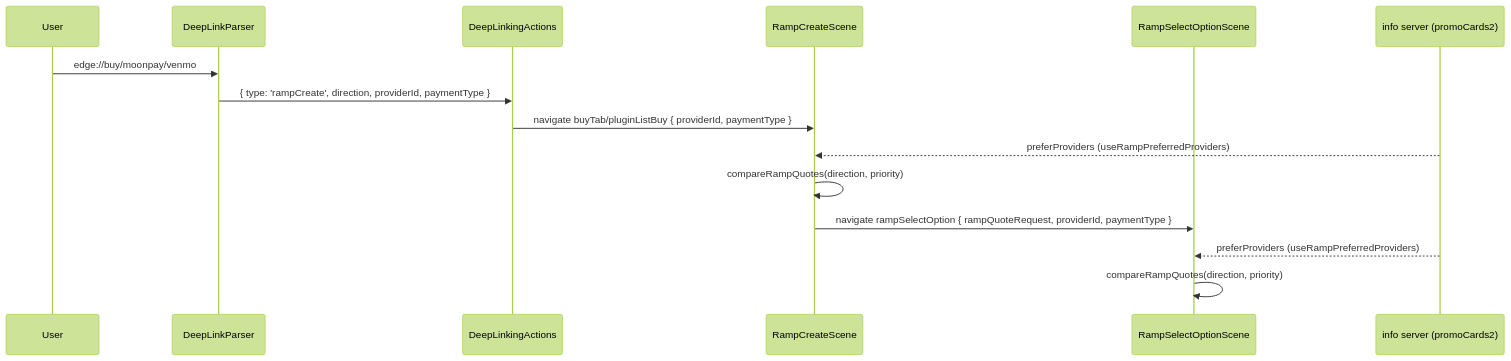
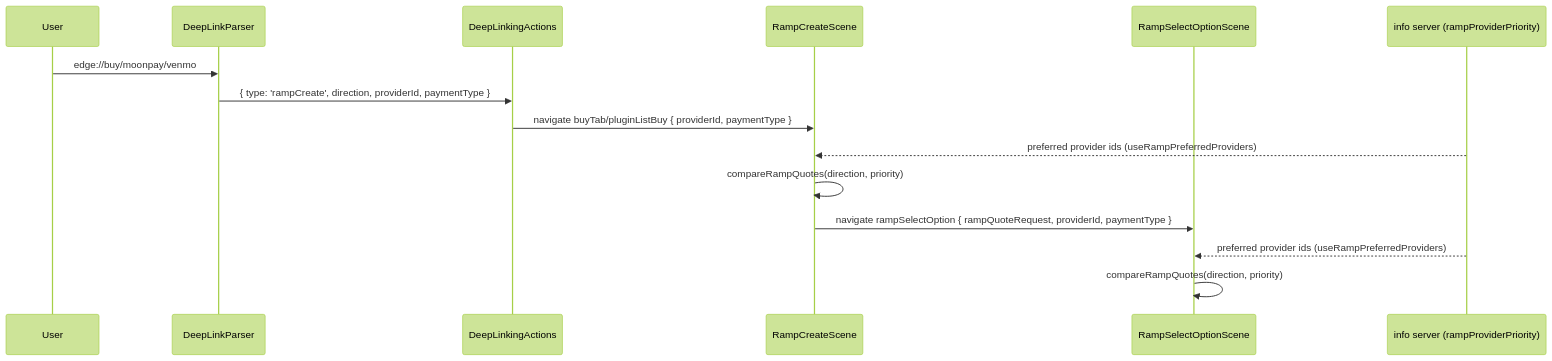
The diagram in src/docs/ramps-deeplink-provider-priority.md (EdgeApp/edge-react-gui), drawn with Mermaid (forest theme) before and after one commit. The commit also changed other lines of this file and 1 other file, not shown here.

````diff
--- a/src/docs/ramps-deeplink-provider-priority.md
+++ b/src/docs/ramps-deeplink-provider-priority.md
@@ -72,18 +72,18 @@
 ```mermaid
 sequenceDiagram
     participant User
     participant Parser as DeepLinkParser
     participant Actions as DeepLinkingActions
     participant CreateScene as RampCreateScene
     participant SelectScene as RampSelectOptionScene
-    participant Info as info server (promoCards2)
+    participant Info as info server (rampProviderPriority)
 
     User->>Parser: edge://buy/moonpay/venmo
     Parser->>Actions: { type: 'rampCreate', direction, providerId, paymentType }
     Actions->>CreateScene: navigate buyTab/pluginListBuy { providerId, paymentType }
-    Info-->>CreateScene: preferProviders (useRampPreferredProviders)
+    Info-->>CreateScene: preferred provider ids (useRampPreferredProviders)
     CreateScene->>CreateScene: compareRampQuotes(direction, priority)
     CreateScene->>SelectScene: navigate rampSelectOption { rampQuoteRequest, providerId, paymentType }
-    Info-->>SelectScene: preferProviders (useRampPreferredProviders)
+    Info-->>SelectScene: preferred provider ids (useRampPreferredProviders)
     SelectScene->>SelectScene: compareRampQuotes(direction, priority)
 ```
````
